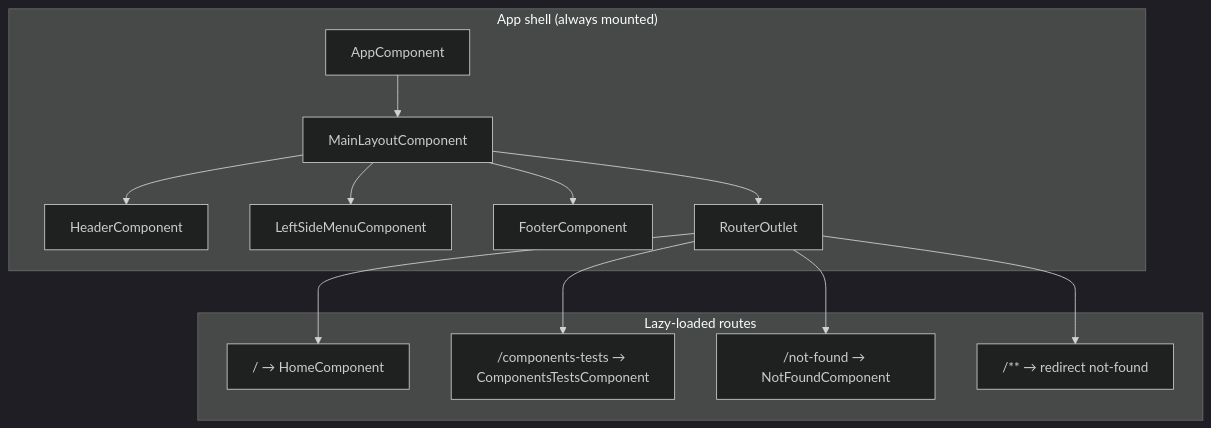
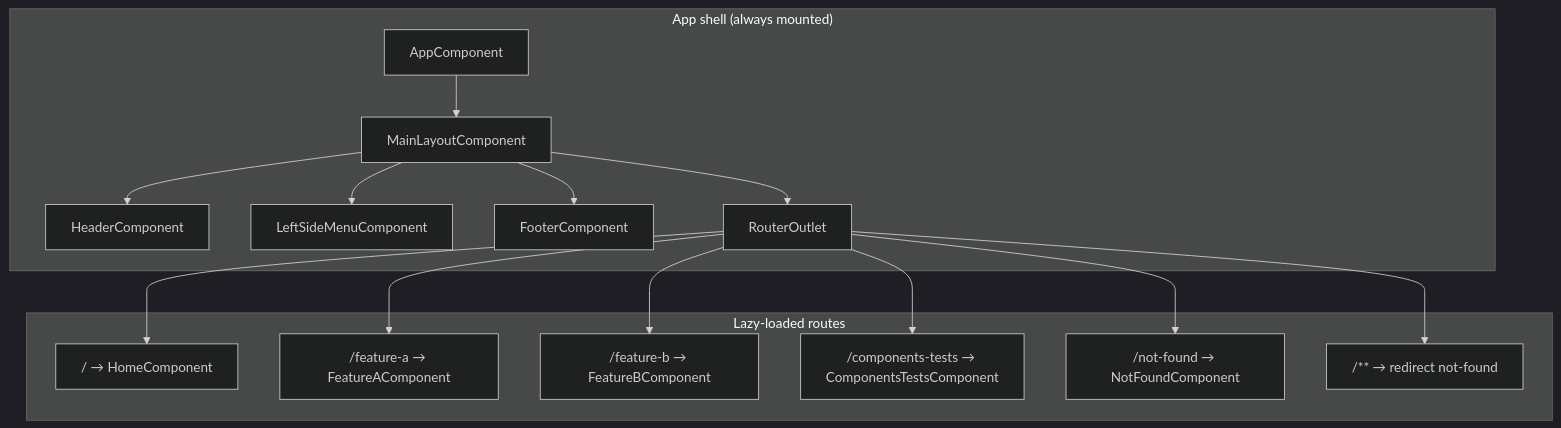
One commit to lkovari/angular-seed changed the fourth of 8 diagrams in README.md. Above: the diagram before and after it, drawn with Mermaid (dark theme). The commit also changed other lines of this file, not shown here.

````diff
--- a/README.md
+++ b/README.md
@@ -130,28 +130,32 @@
 ```mermaid
 flowchart TD
   subgraph shell["App shell (always mounted)"]
     AC["AppComponent"]
     ML["MainLayoutComponent"]
     H["HeaderComponent"]
     LSM["LeftSideMenuComponent"]
     F["FooterComponent"]
     RO["RouterOutlet"]
   end
 
   subgraph routes["Lazy-loaded routes"]
     home["/ → HomeComponent"]
+    fa["/feature-a → FeatureAComponent"]
+    fb["/feature-b → FeatureBComponent"]
     tests["/components-tests → ComponentsTestsComponent"]
     nf["/not-found → NotFoundComponent"]
     wild["/** → redirect not-found"]
   end
 
   AC --> ML
   ML --> H
   ML --> LSM
   ML --> F
   ML --> RO
   RO --> home
+  RO --> fa
+  RO --> fb
   RO --> tests
   RO --> nf
   RO --> wild
 ```
````
